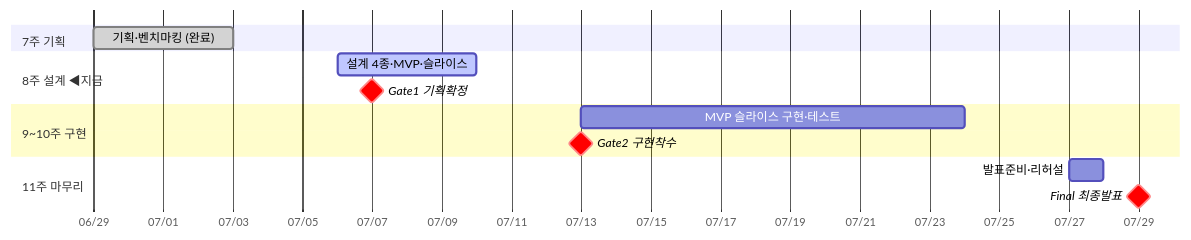
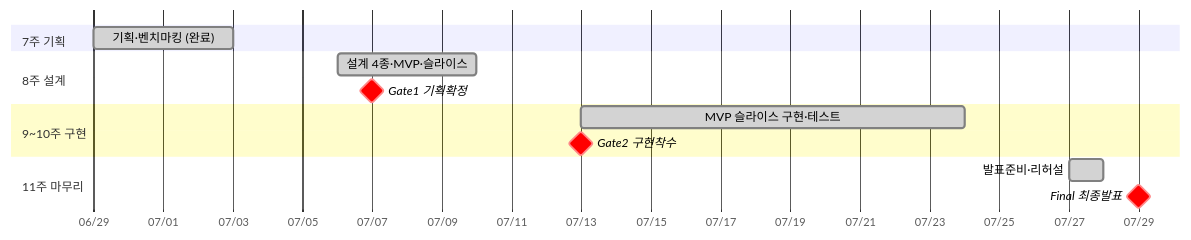
The diagram in documents/facts/일정.md (jaymunsh/quantinue-wiki), drawn with Mermaid before and after one commit. The commit also changed other lines of this file and 87 other files, not shown here.

````diff
--- a/documents/facts/일정.md
+++ b/documents/facts/일정.md
@@ -9,16 +9,16 @@
 ```mermaid
 gantt
   dateFormat YYYY-MM-DD
   axisFormat %m/%d
   section 7주 기획
   기획·벤치마킹 (완료)      :done, 2026-06-29, 2026-07-03
-  section 8주 설계 ◀︎지금
-  설계 4종·MVP·슬라이스     :active, 2026-07-06, 2026-07-10
+  section 8주 설계
+  설계 4종·MVP·슬라이스     :done, 2026-07-06, 2026-07-10
   Gate1 기획확정            :milestone, crit, 2026-07-07, 0d
   section 9~10주 구현
-  MVP 슬라이스 구현·테스트   :2026-07-13, 2026-07-24
+  MVP 슬라이스 구현·테스트   :done, 2026-07-13, 2026-07-24
   Gate2 구현착수            :milestone, crit, 2026-07-13, 0d
   section 11주 마무리
-  발표준비·리허설           :2026-07-27, 2026-07-28
+  발표준비·리허설           :done, 2026-07-27, 2026-07-28
   Final 최종발표            :milestone, crit, 2026-07-29, 0d
 ```
````
